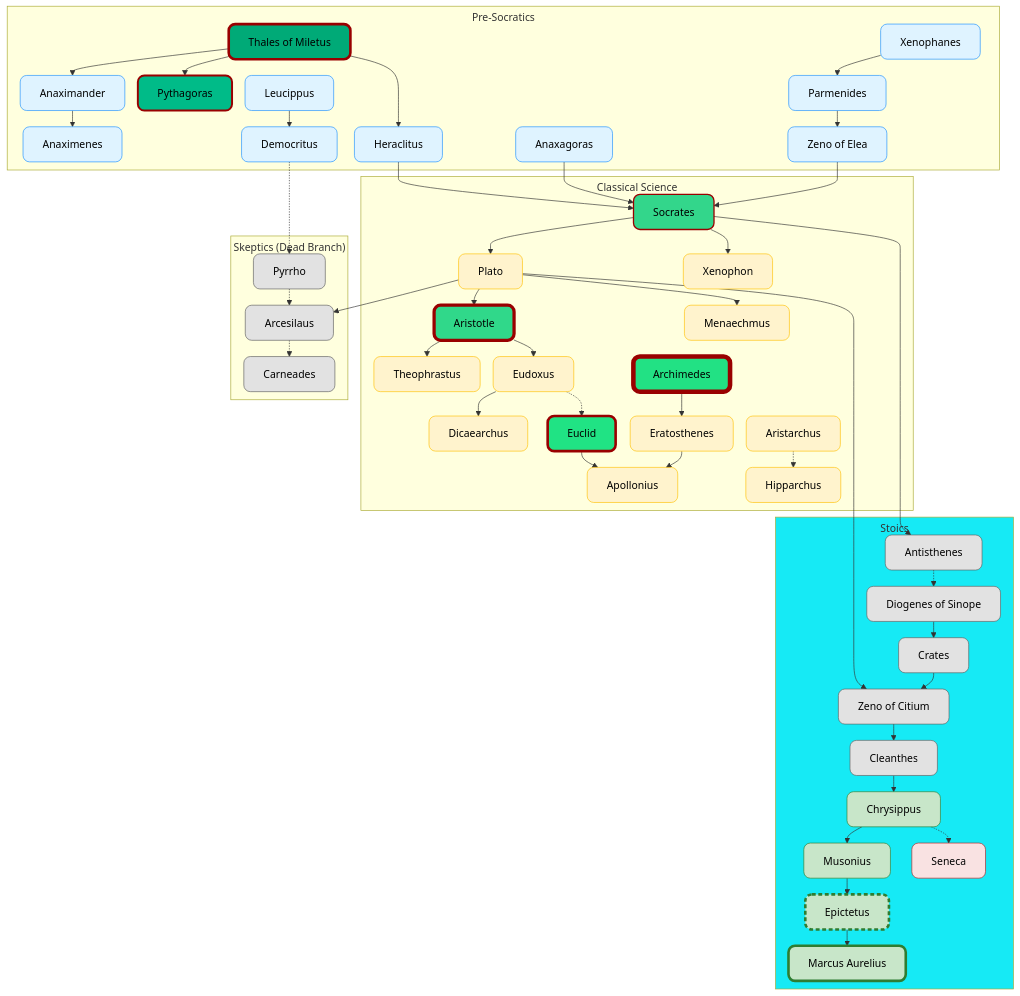
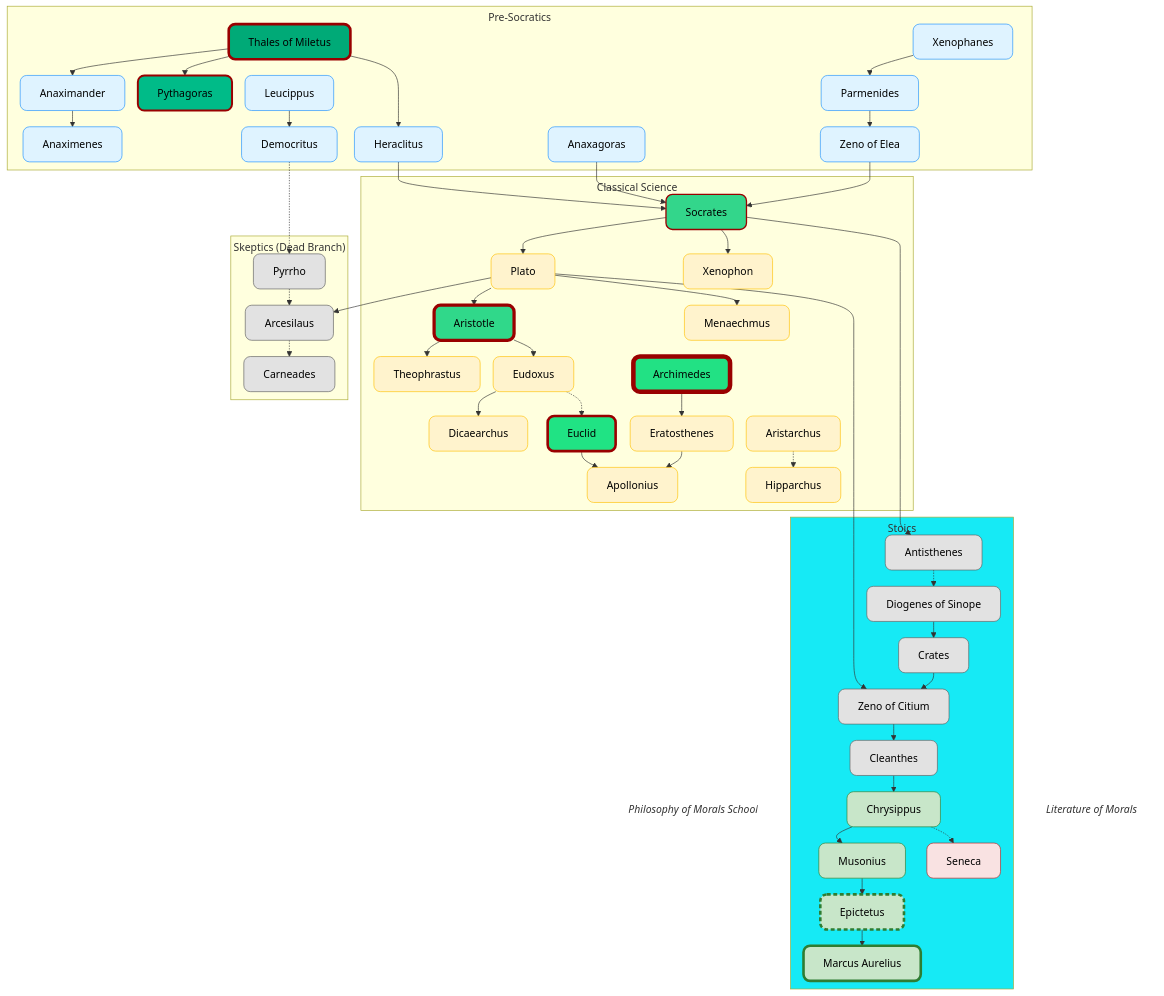
Before and after one commit to Gervi-Hera-Vitr/sindri-labs: the diagram in site/_includes/diagrams/philosophers.mmd, drawn with Mermaid.

Commit message:
Checked styles, added notes.

```diff
--- a/site/_includes/diagrams/philosophers.mmd
+++ b/site/_includes/diagrams/philosophers.mmd
@@ -1,118 +1,123 @@
 %%{init: {"flowchart": {"nodeSpacing": 20, "rankSpacing": 25, "subGraphTitleMargin": {"top": 5, "bottom": 10}}}}%%
 graph TD
 %% Transparent background is renderer-dependent; fallbacks applied manually
 
 %% === Pre-Socratics ===
     Thales["Thales of Miletus"] --> Anaximander["Anaximander"]
     Anaximander --> Anaximenes["Anaximenes"]
     Thales --> Pythagoras["Pythagoras"]
     Thales --> Heraclitus["Heraclitus"]
     Heraclitus --> Socrates["Socrates"]
     Anaxagoras["Anaxagoras"] --> Socrates
     Xenophanes["Xenophanes"] --> Parmenides["Parmenides"] --> Zeno_of_Elea["Zeno of Elea"] --> Socrates
     Leucippus["Leucippus"] --> Democritus["Democritus"]
 
 %% === Classical ===
     Socrates --> Plato["Plato"]
     Plato --> Aristotle["Aristotle"]
     Socrates --> Xenophon["Xenophon"]
     Plato --> Menaechmus["Menaechmus"]
     Aristotle --> Theophrastus["Theophrastus"]
     Aristotle --> Eudoxus["Eudoxus"]
     Eudoxus --> Dicaearchus["Dicaearchus"]
     Eudoxus -.-> Euclid["Euclid"]
     Euclid --> Apollonius["Apollonius"]
     Aristarchus["Aristarchus"] -.-> Hipparchus["Hipparchus"]
     Archimedes["Archimedes"] --> Eratosthenes["Eratosthenes"] --> Apollonius
 
 %% === Stoics & Skeptics ===
     Socrates --> Antisthenes["Antisthenes"]
     Antisthenes -.-> DiogenesS["Diogenes of Sinope"] --> Crates["Crates"]
     Plato --> ZenoC["Zeno of Citium"]
     Crates --> ZenoC --> Cleanthes["Cleanthes"] --> Chrysippus["Chrysippus"]
     Plato --> Arcesilaus["Arcesilaus"]
     Democritus -.-> Pyrrho["Pyrrho"]
     Pyrrho -.-> Arcesilaus -.-> Carneades["Carneades"]
     Chrysippus --> Musonius["Musonius"]
     Chrysippus -.-> Seneca["Seneca"]
     Musonius --> Epictetus["Epictetus"] --> Marcus["Marcus Aurelius"]
+
+    MoralsNote["Philosophy of Morals School"] ~~~ Musonius
+    LitNote["Literature of Morals"] ~~~ Seneca
 
 %% === Subgraphs for clarity ===
     subgraph PRE[Pre-Socratics]
         Thales
         Anaximander
         Anaximenes
         Pythagoras
         Heraclitus
         Xenophanes
         Parmenides
         Zeno_of_Elea
         Anaxagoras
         Leucippus
         Democritus
     end
 
     subgraph CLASSICS[Classical Science]
         Socrates
         Plato
         Aristotle
         Xenophon
         Menaechmus
         Theophrastus
         Eudoxus
         Dicaearchus
         Euclid
         Archimedes
         Aristarchus
         Hipparchus
         Eratosthenes
         Apollonius
     end
 
     subgraph STCS[Stoics]
         Antisthenes
         DiogenesS
         Crates
         ZenoC
         Cleanthes
         Chrysippus
         Seneca
         Musonius
         Epictetus
         Marcus
     end
 
     subgraph SKPT["Skeptics (Dead Branch)"]
         Pyrrho
         Arcesilaus
         Carneades
     end
 
 %% === Forced Styling for Compatibility (basic) ===
     classDef presocratic fill:#dff3ff,stroke:#1e90ff,color:#000,rx:10,ry:10;
     classDef classical fill:#fff3cd,stroke:#ffc107,color:#000,rx:10,ry:10;
     classDef stoic fill:#e2e2e2,stroke:#606060,color:#000,rx:10,ry:10;
     classDef roman fill:#f9e2e2,stroke:#b22222,color:#000,rx:10,ry:10;
 
     class Thales,Anaximander,Anaximenes,Pythagoras,Heraclitus,Xenophanes,Parmenides,Zeno_of_Elea,Anaxagoras,Leucippus,Democritus presocratic;
     class Socrates,Plato,Aristotle,Xenophon,Menaechmus,Theophrastus,Eudoxus,Dicaearchus,Euclid,Archimedes,Aristarchus,Hipparchus,Eratosthenes,Apollonius classical;
     class Antisthenes,DiogenesS,Crates,ZenoC,Cleanthes,Chrysippus stoic;
     class Pyrrho,Arcesilaus,Carneades stoic;
     class Seneca,Musonius,Epictetus,Marcus roman;
 
     style Thales stroke-width:4px, fill:#00AA77FF,stroke:#990000FF
     style Pythagoras stroke-width:3px, fill:#00BB88FF,stroke:#990000FF
     style Socrates stroke-width:2px, fill:#00CC77CC,stroke:#990000FF
     style Aristotle stroke-width:5px, fill:#00CF77CF,stroke:#990000FF
     style Euclid stroke-width:4px, fill:#00DF77DF,stroke:#990000FF
     style Archimedes stroke-width:7px, fill:#00DD77DD,stroke:#990000FF
     %% Green cells: correct abstract knowledge — codified at Chrysippus, carried to Marcus
     style Chrysippus fill:#c8e6c9,stroke:#2e7d32
     style Musonius fill:#c8e6c9,stroke:#2e7d32
     style Epictetus fill:#c8e6c9,stroke:#2e7d32,stroke-width:4px,stroke-dasharray:6 4
     style Marcus stroke-width:4px, fill:#c8e6c9,stroke:#2e7d32
     style Seneca fill:#f9e2e2,stroke:#b22222,stroke-width:1px
 
     style STCS fill:#00E8f5E9
+    style MoralsNote fill:none,stroke:none,font-style:italic
+    style LitNote fill:none,stroke:none,font-style:italic
 
     PRE ~~~~~~~~~~~ STCS
```
